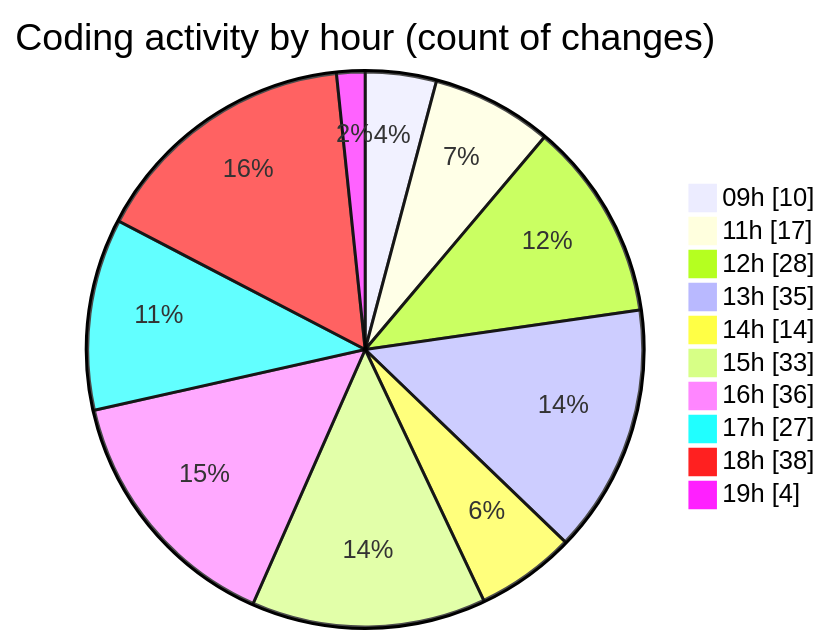
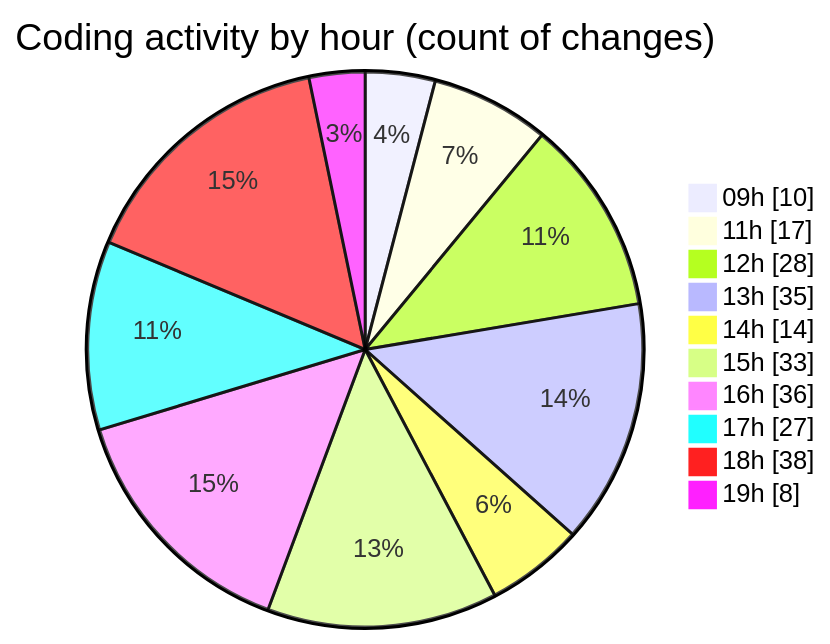
One commit to momahboobian/code-tracking changed the second of 2 diagrams in 2026-05-07/cda/README.md. Above: the diagram before and after it, drawn with Mermaid. The commit also changed other lines of this file and 1 other file, not shown here.

````diff
--- a/2026-05-07/cda/README.md
+++ b/2026-05-07/cda/README.md
@@ -58,14 +58,14 @@
 ```mermaid
 pie showData
 title Coding activity by hour (count of changes)
 "09h" : 10
 "11h" : 17
 "12h" : 28
 "13h" : 35
 "14h" : 14
 "15h" : 33
 "16h" : 36
 "17h" : 27
 "18h" : 38
-"19h" : 4
+"19h" : 8
 ```
````
